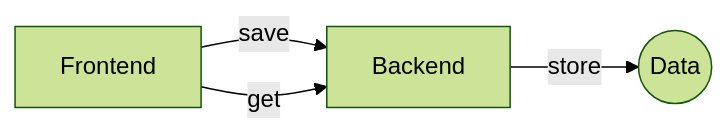
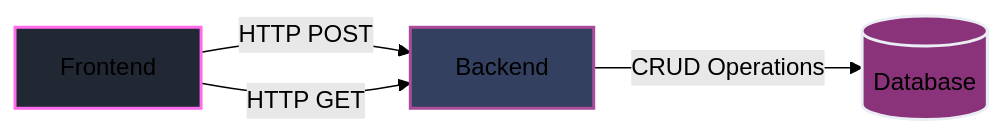
The third of 7 diagrams in localFirstVue/slides.md (alexanderop/slides), drawn with Mermaid (forest theme) before and after one commit. The commit also changed other lines of this file and 1 other file, not shown here.

````diff
--- a/localFirstVue/slides.md
+++ b/localFirstVue/slides.md
@@ -339,10 +339,14 @@
 ```mermaid
 graph LR
-    F[Frontend] 
-    B[Backend]
-    D((Data))
+    F[Frontend]:::client
+    B[Backend]:::server
+    D[(Database)]:::db
     
-    F -->|save| B
-    F -->|get| B
-    B -->|store| D
+    F -->|HTTP POST| B
+    F -->|HTTP GET| B
+    B -->|CRUD Operations| D
+
+    classDef client fill:#212733,stroke:#FF6BED,stroke-width:2px
+    classDef server fill:#344060,stroke:#AB4B99,stroke-width:2px
+    classDef db fill:#8A337B,stroke:#EAEDF3,stroke-width:2px
 ```
````
